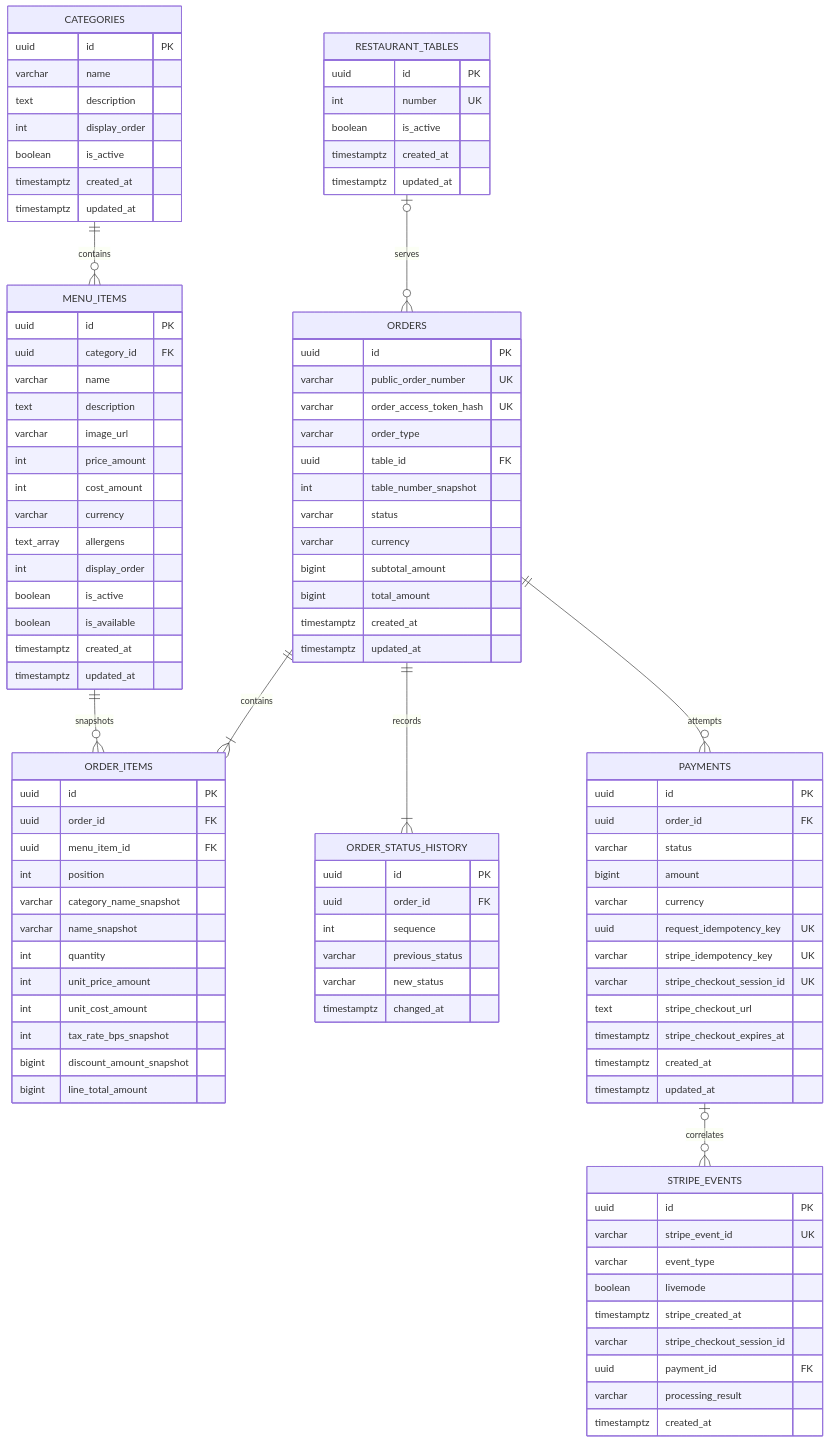
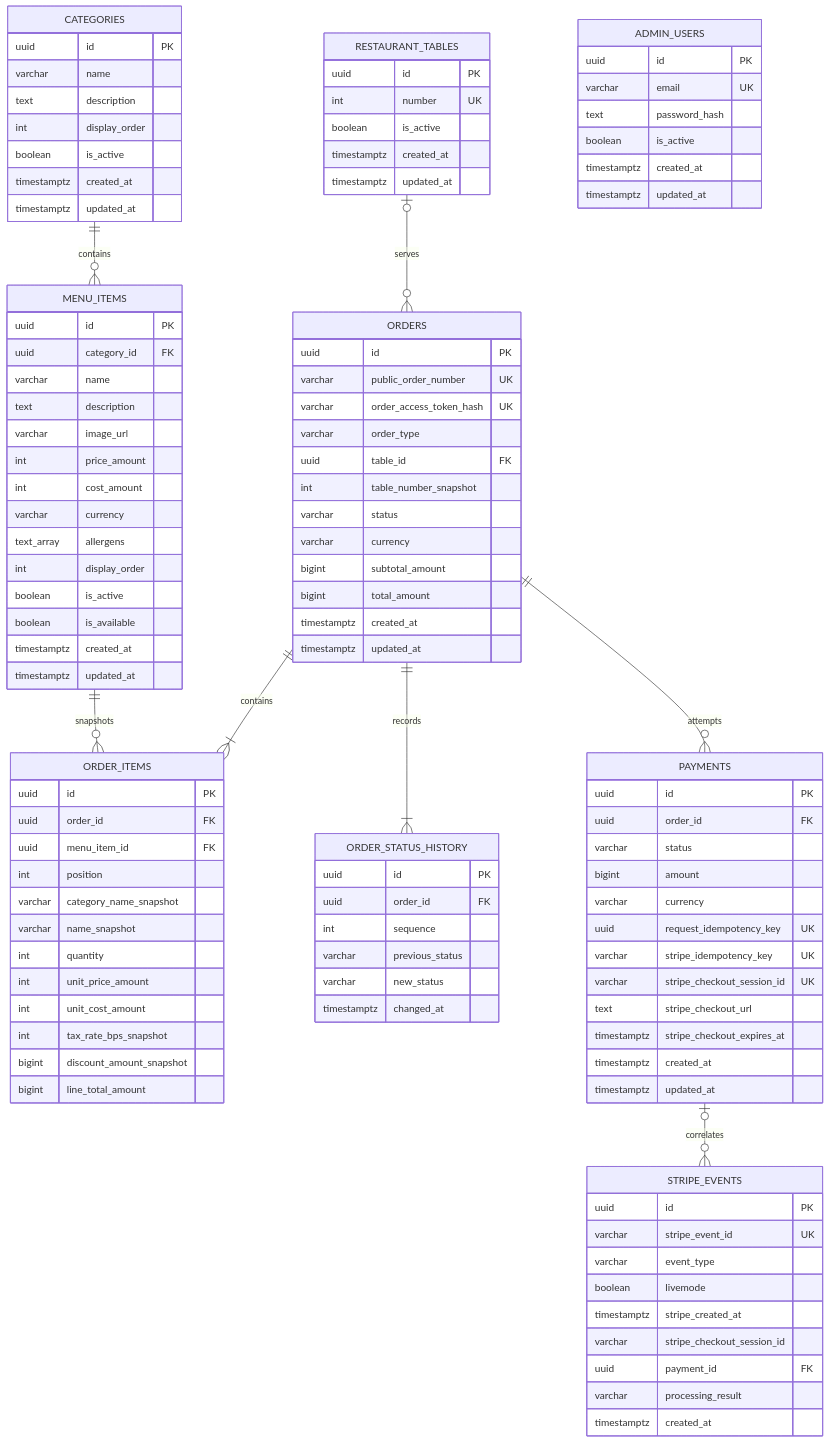
One commit to kamilSarbian/Restaurant_Ordering_Analytics changed the second of 3 diagrams in docs/ARCHITECTURE.md. Above: the diagram before and after it, drawn with Mermaid. The commit also changed other lines of this file and 37 other files, not shown here.

```diff
--- a/docs/ARCHITECTURE.md
+++ b/docs/ARCHITECTURE.md
@@ -235,6 +249,15 @@
     ORDERS ||--|{ ORDER_STATUS_HISTORY : records
     ORDERS ||--o{ PAYMENTS : attempts
     PAYMENTS o|--o{ STRIPE_EVENTS : correlates
+
+    ADMIN_USERS {
+        uuid id PK
+        varchar email UK
+        text password_hash
+        boolean is_active
+        timestamptz created_at
+        timestamptz updated_at
+    }
 
     CATEGORIES {
         uuid id PK
```
